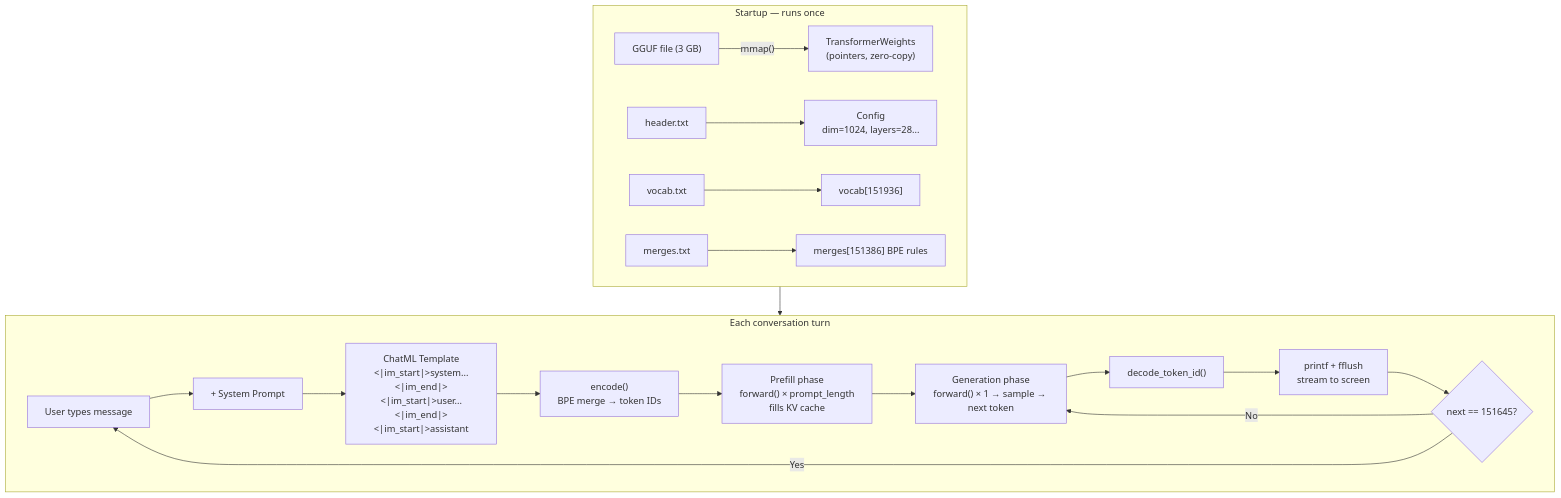
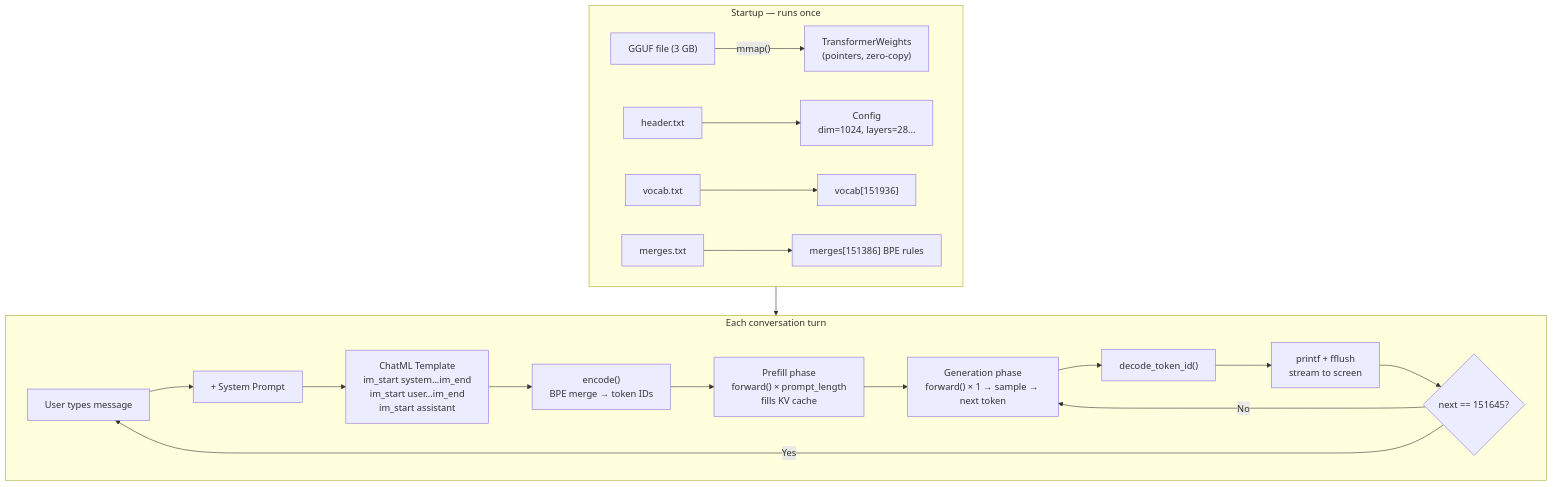
Before and after one commit to thefirehacker/firstbreakai: diagram 11 of 11 in blog/qwen3-run-locally.qmd, drawn with Mermaid. The commit also changed other lines of this file and 4 other files, not shown here.

Commit message:
Add Lesson 1b: Qwen3 Fundamentals and update roadmap with new lesson links

````diff
--- a/blog/qwen3-run-locally.qmd
+++ b/blog/qwen3-run-locally.qmd
@@ -1042,24 +1042,24 @@
 ```{mermaid}
 flowchart TD
     subgraph startup ["Startup — runs once"]
-        G["GGUF file (3 GB)"] -- "mmap()" --> TW["TransformerWeights\n(pointers, zero-copy)"]
-        HT["header.txt"] --> CFG["Config\ndim=1024, layers=28..."]
+        G["GGUF file (3 GB)"] -- "mmap()" --> TW["TransformerWeights<br/>(pointers, zero-copy)"]
+        HT["header.txt"] --> CFG["Config<br/>dim=1024, layers=28..."]
         VT["vocab.txt"] --> VOC["vocab[151936]"]
         MT["merges.txt"] --> MRG["merges[151386] BPE rules"]
     end
 
     subgraph turn ["Each conversation turn"]
         UI["User types message"] --> SYS["+ System Prompt"]
-        SYS --> TPL["ChatML Template\n<|im_start|>system...<|im_end|>\n<|im_start|>user...<|im_end|>\n<|im_start|>assistant\n"]
-        TPL --> ENC["encode()\nBPE merge → token IDs"]
-        ENC --> PF["Prefill phase\nforward() × prompt_length\nfills KV cache"]
-        PF --> GEN["Generation phase\nforward() × 1 → sample → next token"]
+        SYS -->         TPL["ChatML Template<br/>im_start system...im_end<br/>im_start user...im_end<br/>im_start assistant"]
+        TPL --> ENC["encode()<br/>BPE merge → token IDs"]
+        ENC --> PF["Prefill phase<br/>forward() × prompt_length<br/>fills KV cache"]
+        PF --> GEN["Generation phase<br/>forward() × 1 → sample → next token"]
         GEN --> DEC["decode_token_id()"]
-        DEC --> PRINT["printf + fflush\nstream to screen"]
+        DEC --> PRINT["printf + fflush<br/>stream to screen"]
         PRINT --> EOS{next == 151645?}
         EOS -- No --> GEN
         EOS -- Yes --> UI
     end
 
     startup --> turn
 ```
````
